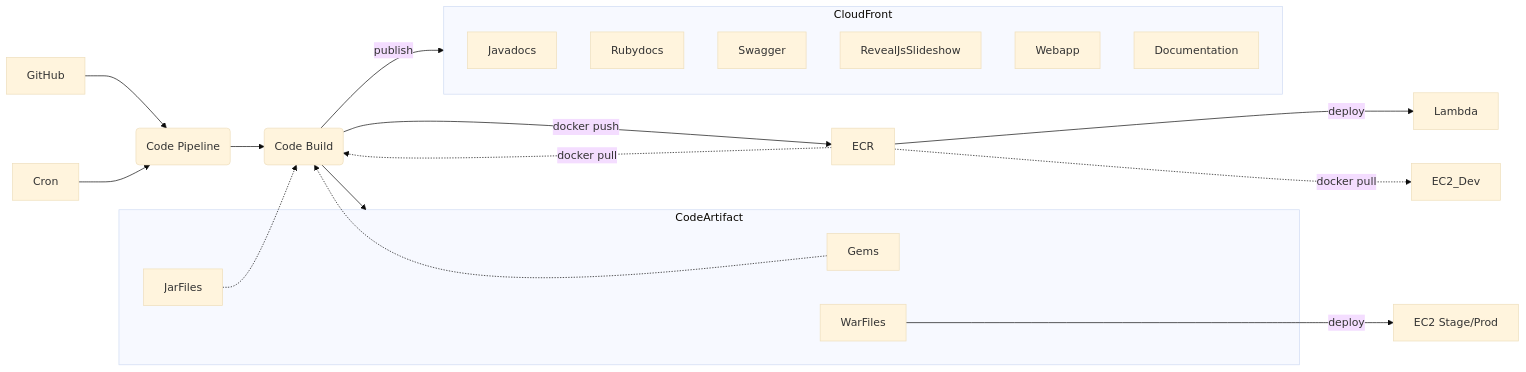
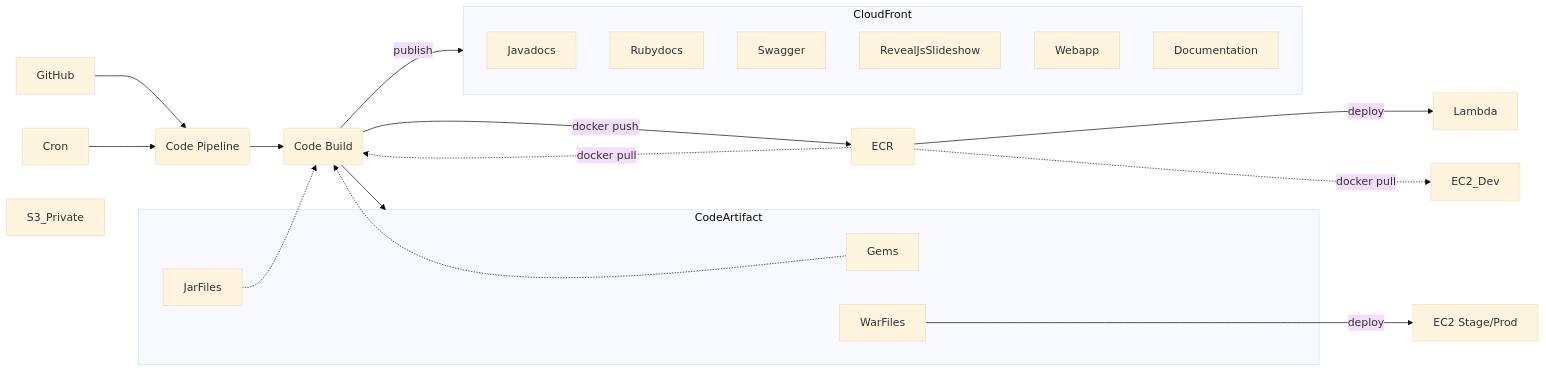
Before and after one commit to CDLUC3/mrt-doc: the first of 7 diagrams in design/aws-build/README.md, drawn with Mermaid (base theme). The commit also changed other lines of this file, not shown here.

````diff
--- a/design/aws-build/README.md
+++ b/design/aws-build/README.md
@@ -5,32 +11,33 @@
 ```mermaid
 graph LR
   GitHub --> Pipeline
   Cron --> Pipeline
   Pipeline(Code Pipeline)
   Pipeline --> Build
   Build(Code Build)
   Build --> CodeArtifact
   Build --> |publish| CloudFront
   Build --> |docker push| ECR
   ECR
   ECR --> |deploy| Lambda
   ECR -.-> |docker pull| EC2_Dev
   ECR -.-> |docker pull| Build
   subgraph CodeArtifact
     Gems
     JarFiles
     WarFiles
   end
   EC2[EC2 Stage/Prod]
   WarFiles --> |deploy| EC2
   Gems -.-> Build
   JarFiles -.-> Build
+  S3_Private
   subgraph CloudFront
     Javadocs
     Rubydocs
     Swagger
     RevealJsSlideshow
     Webapp
     Documentation
   end
 ```
````
